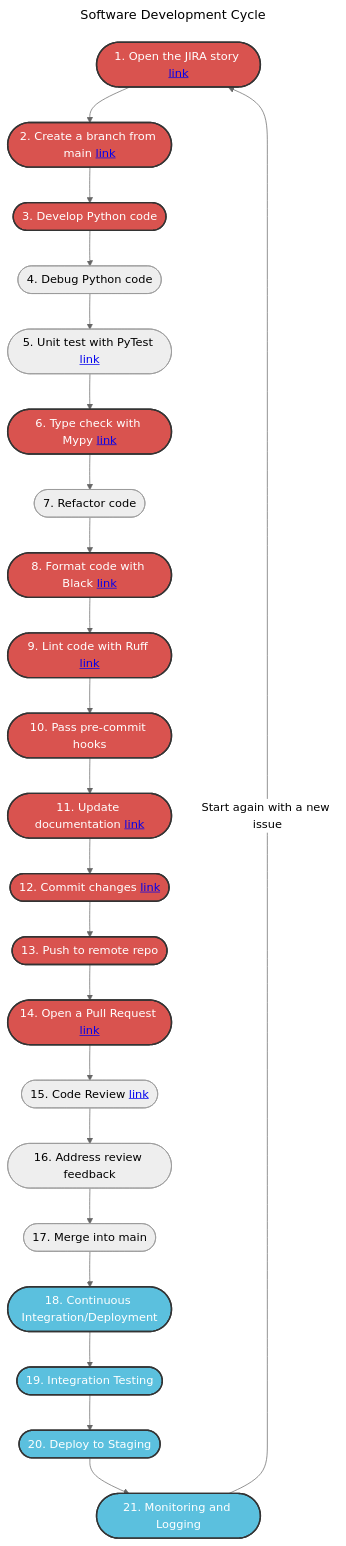
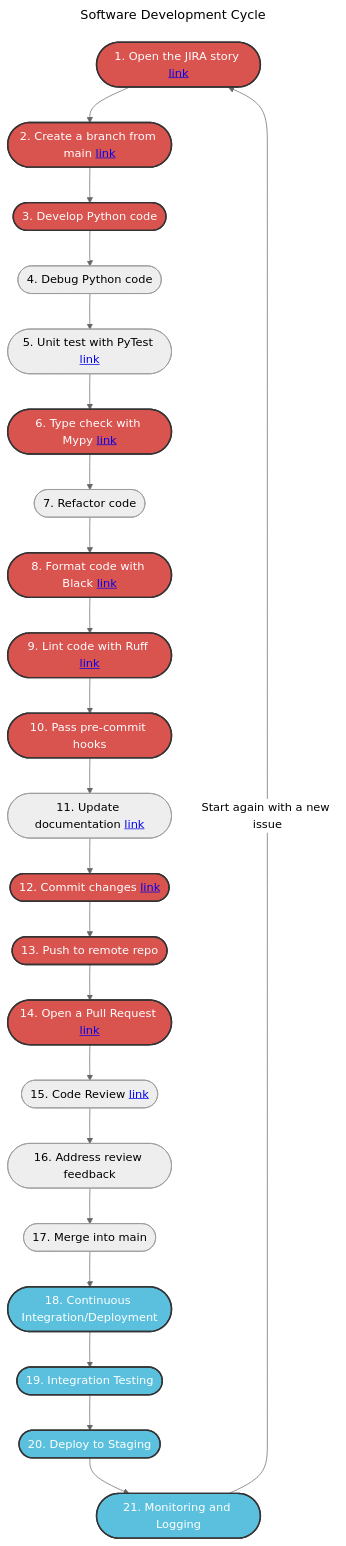
The diagram in docs/getting-started/software-development-lifecycle.md (markeyser/cookiecutter-collabora), drawn with Mermaid (neutral theme) before and after one commit. The commit also changed 1 other file, not shown here.

Commit message:
docs(how-to-guides): add example prompt for generating git commit messages using ChatGPT
Added an example admonition to the commit message standards guide to demonstrate how to use ChatGPT for creating standardized git commit messages. The example includes a prompt for providing the necessary inputs and the expected output, including the complete git commit command.

````diff
--- a/docs/getting-started/software-development-lifecycle.md
+++ b/docs/getting-started/software-development-lifecycle.md
@@ -9,32 +9,32 @@
 ```mermaid
 ---
 title: Software Development Cycle
 ---
 flowchart TB
   A([1. Open the JIRA story <a href='https://markeyser.github.io/cookiecutter-collabora/how-to-guides/jira-story-best-practices/?h=jira'>link</a>]) --> B([2. Create a branch from main <a href='https://markeyser.github.io/cookiecutter-collabora/how-to-guides/git-branch-naming-standards/'>link</a>])
   B --> C([3. Develop Python code])
   C --> D([4. Debug Python code])
   D --> E([5. Unit test with PyTest <a href='https://markeyser.github.io/cookiecutter-collabora/how-to-guides/introduction-to-doctest/?h=test'>link</a>])
   E --> F([6. Type check with Mypy <a href='https://markeyser.github.io/cookiecutter-collabora/how-to-guides/type-checking-mypy/?h=type+che'>link</a>])
   F --> G([7. Refactor code])
   G --> H([8. Format code with Black <a href='https://markeyser.github.io/cookiecutter-collabora/tutorials/black-formatter/?h=black'>link</a>])
   H --> I([9. Lint code with Ruff <a href='https://markeyser.github.io/cookiecutter-collabora/tutorials/ruff-linter/?h=lint'>link</a>])
   I --> J([10. Pass pre-commit hooks])
   J --> K([11. Update documentation <a href='https://markeyser.github.io/cookiecutter-collabora/tutorials/mkdocs-docs/?h=mkd'>link</a>])
   K --> L([12. Commit changes <a href='https://markeyser.github.io/cookiecutter-collabora/how-to-guides/commit-message-standards-ml/?h=commit'>link</a>])
   L --> M([13. Push to remote repo])
   M --> N([14. Open a Pull Request <a href='https://markeyser.github.io/cookiecutter-collabora/how-to-guides/templates/?h=pull'>link</a>])
   N --> O([15. Code Review <a href='https://markeyser.github.io/cookiecutter-collabora/how-to-guides/code-review-best-practices/?h=review'>link</a>])
   O --> P([16. Address review feedback])
   P --> Q([17. Merge into main])
   Q --> R([18. Continuous Integration/Deployment])
   R --> S([19. Integration Testing])
   S --> T([20. Deploy to Staging])
   T --> U([21. Monitoring and Logging])
   U --> |Start again with a new issue|A
 
   classDef highlighted fill:#d9534f,stroke:#333,stroke-width:2px,color:#fff;
   classDef blue fill:#5bc0de,stroke:#333,stroke-width:2px,color:#fff;
-  class A,B,C,F,H,I,J,K,L,M,N highlighted;
+  class A,B,C,F,H,I,J,L,M,N highlighted;
   class R,S,T,U blue;
 ```
````
